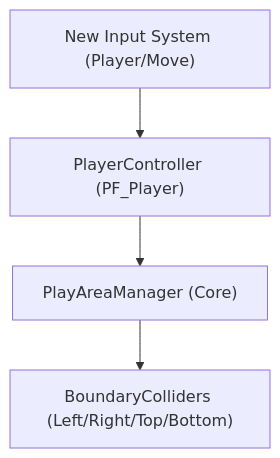
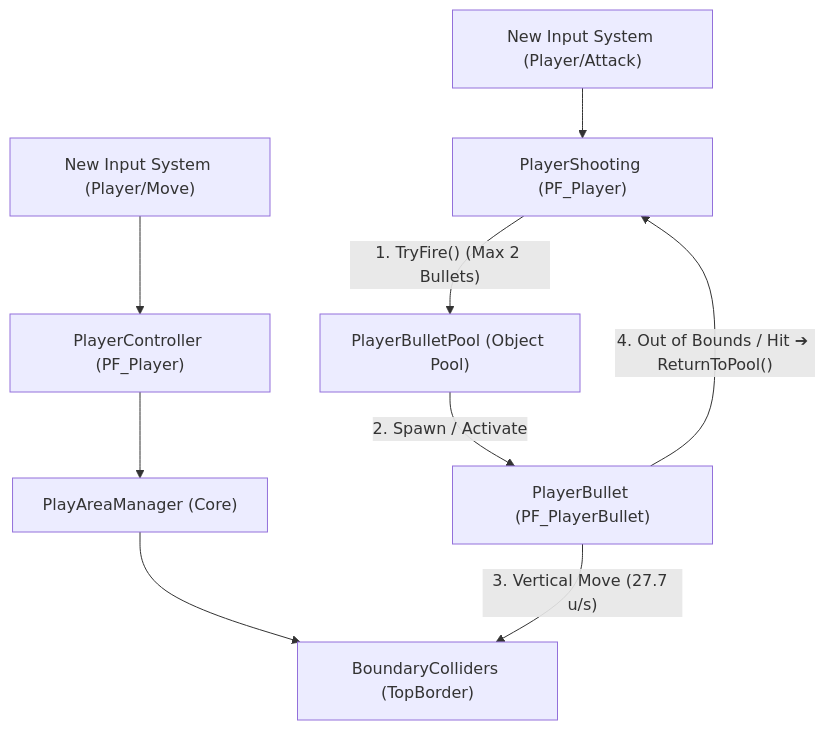
One commit to baewhv/Test_MCPv2 changed the diagram in docs/ARCHITECTURE.md. Above: the diagram before and after it, drawn with Mermaid. The commit also changed other lines of this file and 9 other files, not shown here.

````diff
--- a/docs/ARCHITECTURE.md
+++ b/docs/ARCHITECTURE.md
@@ -44,11 +51,21 @@
 ```mermaid
 graph TD
-    InputSystem["New Input System (Player/Move)"]
+    InputMove["New Input System (Player/Move)"]
+    InputAttack["New Input System (Player/Attack)"]
     Player["PlayerController (PF_Player)"]
+    Shooting["PlayerShooting (PF_Player)"]
+    BulletPool["PlayerBulletPool (Object Pool)"]
+    Bullet["PlayerBullet (PF_PlayerBullet)"]
     PlayAreaManager["PlayAreaManager (Core)"]
-    Boundaries["BoundaryColliders (Left/Right/Top/Bottom)"]
-    
-    InputSystem --> Player
+    Boundaries["BoundaryColliders (TopBorder)"]
+
+    InputMove --> Player
     Player --> PlayAreaManager
     PlayAreaManager --> Boundaries
+
+    InputAttack --> Shooting
+    Shooting -->|"1. TryFire() (Max 2 Bullets)"| BulletPool
+    BulletPool -->|"2. Spawn / Activate"| Bullet
+    Bullet -->|"3. Vertical Move (27.7 u/s)"| Boundaries
+    Bullet -->|"4. Out of Bounds / Hit ➔ ReturnToPool()"| Shooting
 ```
````
